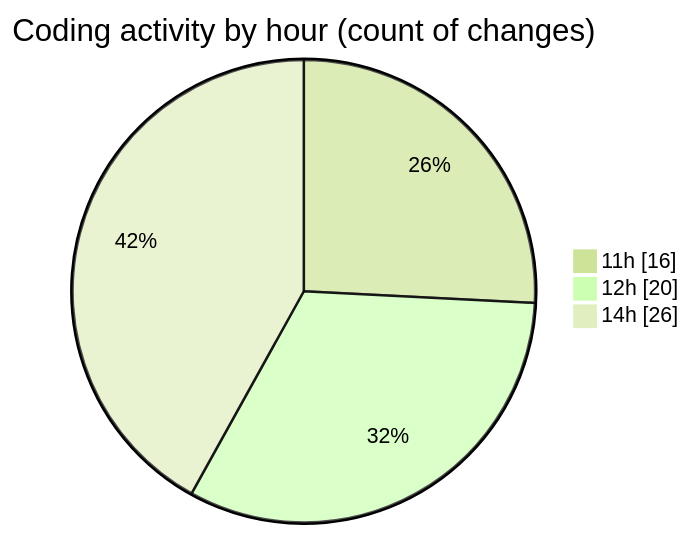
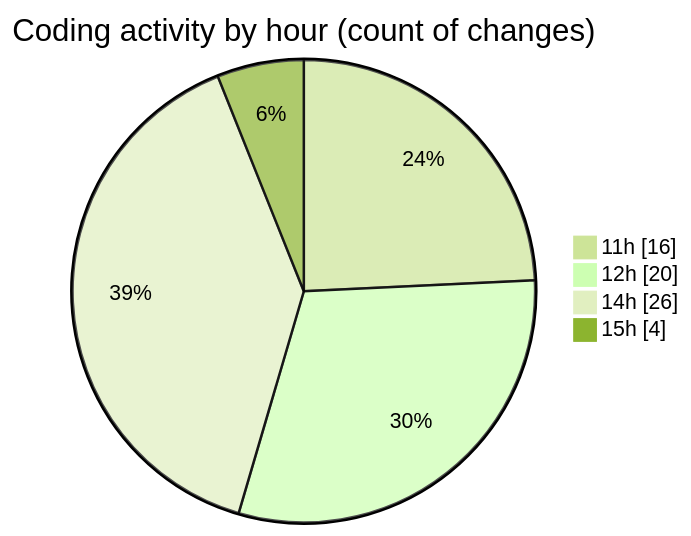
One commit to Netris89/code-tracking changed the second of 2 diagrams in 2025-03-26/back-end/README.md. Above: the diagram before and after it, drawn with Mermaid (forest theme). The commit also changed other lines of this file and 1 other file, not shown here.

````diff
--- a/2025-03-26/back-end/README.md
+++ b/2025-03-26/back-end/README.md
@@ -53,7 +54,8 @@
 ```mermaid
 pie showData
 title Coding activity by hour (count of changes)
 "11h" : 16
 "12h" : 20
 "14h" : 26
+"15h" : 4
 ```
````
